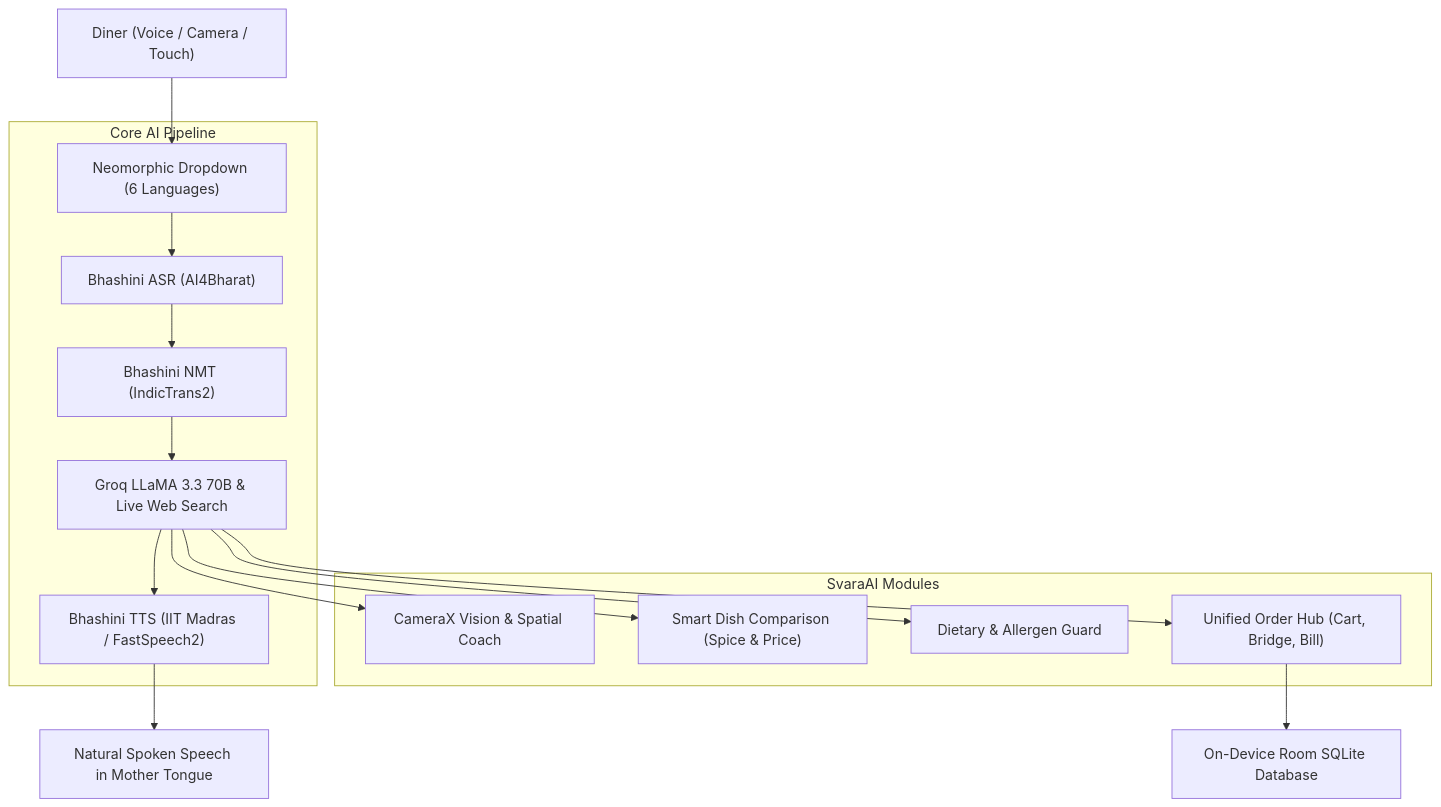
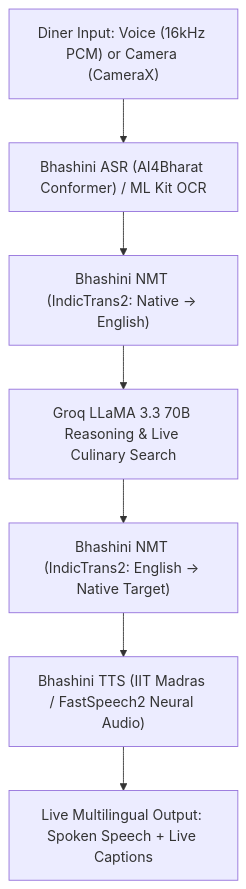
The diagram in README.md (Aditya-Lingam-9000/SvaraAI), drawn with Mermaid before and after one commit. The commit also changed other lines of this file, not shown here.

Commit message:
docs: exhaustive README highlighting all 6 core dining features, Bhashini AI integration across all sections, and Visual/Hearing/Speech accessibility adaptations

````diff
--- a/README.md
+++ b/README.md
@@ -34,21 +51,9 @@
 ```mermaid
 graph TD
-    User["Diner (Voice / Camera / Touch)"] --> TopBar["Neomorphic Dropdown (6 Languages)"]
-    
-    subgraph "Core AI Pipeline"
-        TopBar --> BhashiniASR["Bhashini ASR (AI4Bharat)"]
-        BhashiniASR --> BhashiniNMT["Bhashini NMT (IndicTrans2)"]
-        BhashiniNMT --> GroqLLM["Groq LLaMA 3.3 70B & Live Web Search"]
-        GroqLLM --> BhashiniTTS["Bhashini TTS (IIT Madras / FastSpeech2)"]
-    end
-    
-    subgraph "SvaraAI Modules"
-        GroqLLM --> MenuOCR["CameraX Vision & Spatial Coach"]
-        GroqLLM --> Compare["Smart Dish Comparison (Spice & Price)"]
-        GroqLLM --> Dietary["Dietary & Allergen Guard"]
-        GroqLLM --> OrderHub["Unified Order Hub (Cart, Bridge, Bill)"]
-    end
-    
-    BhashiniTTS --> SpokenOutput["Natural Spoken Speech in Mother Tongue"]
-    OrderHub --> RoomDB["On-Device Room SQLite Database"]
+    A["Diner Input: Voice (16kHz PCM) or Camera (CameraX)"] --> B["Bhashini ASR (AI4Bharat Conformer) / ML Kit OCR"]
+    B --> C["Bhashini NMT (IndicTrans2: Native -> English)"]
+    C --> D["Groq LLaMA 3.3 70B Reasoning & Live Culinary Search"]
+    D --> E["Bhashini NMT (IndicTrans2: English -> Native Target)"]
+    E --> F["Bhashini TTS (IIT Madras / FastSpeech2 Neural Audio)"]
+    F --> G["Live Multilingual Output: Spoken Speech + Live Captions"]
 ```
````
